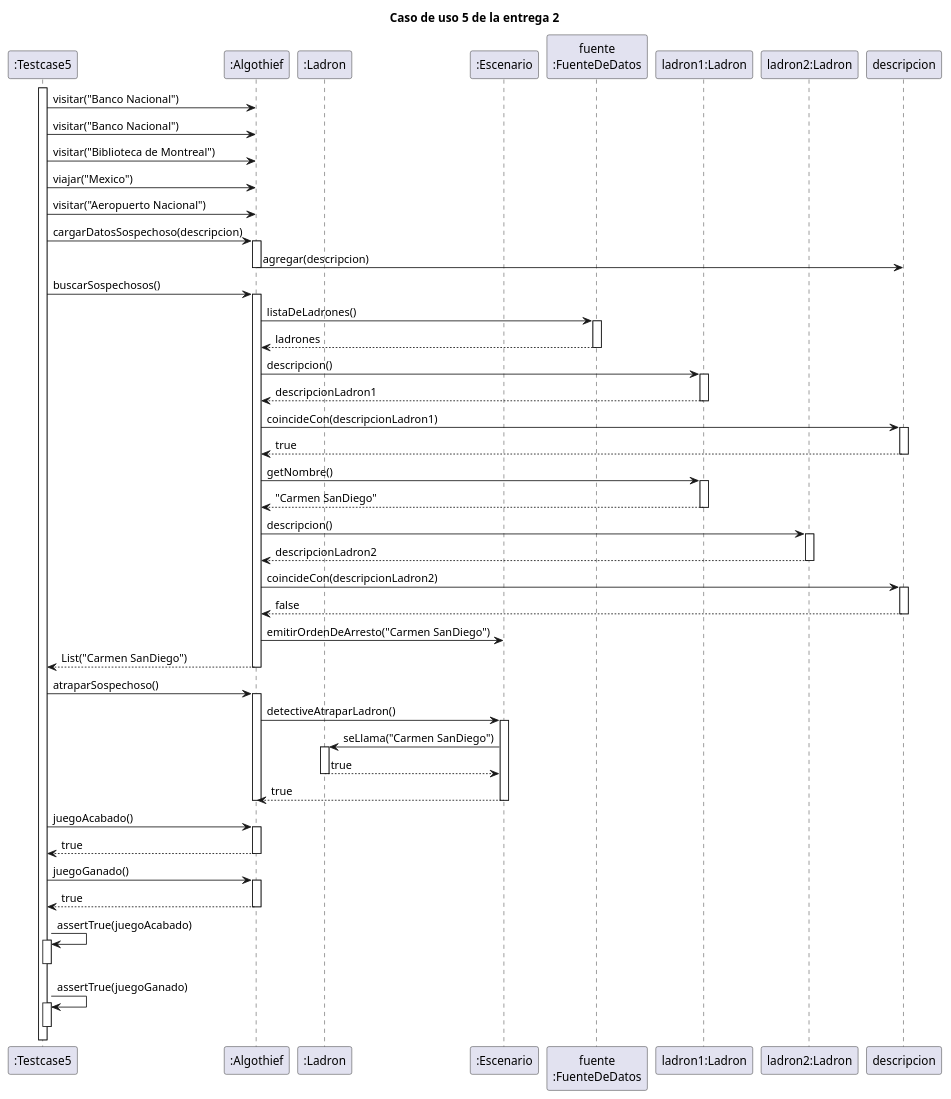
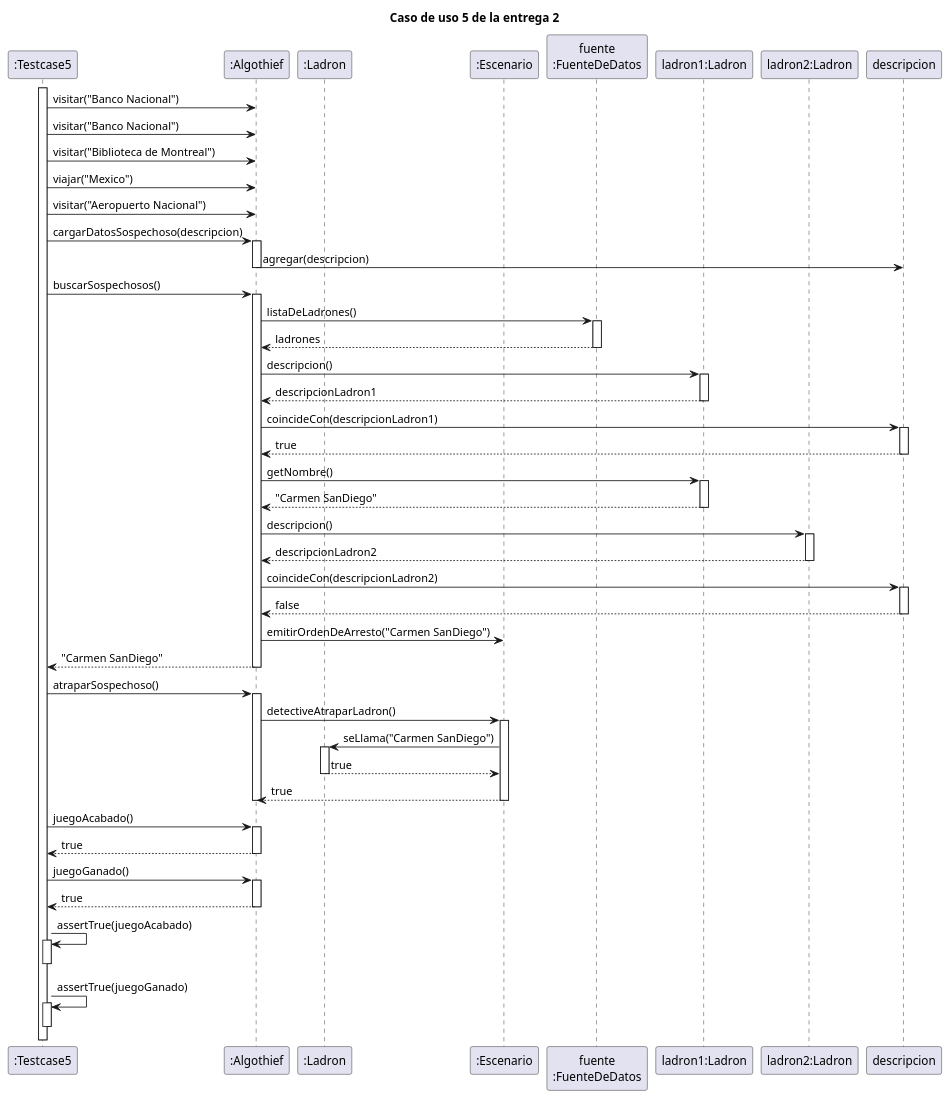
The diagram in diagrams/sequences/secuencia_entrega2_testcase05.plantuml (MegaRedHand/algo-thief), drawn with PlantUML before and after one commit. The commit also changed 5 other files, not shown here.

Commit message:
docs: agrego diagrama 3 de la entrega 2

```diff
--- a/diagrams/sequences/secuencia_entrega2_testcase05.plantuml
+++ b/diagrams/sequences/secuencia_entrega2_testcase05.plantuml
@@ -1,77 +1,77 @@
 @startuml
 
 title "Caso de uso 5 de la entrega 2"
 
 participant ":Testcase5" as testcase
 participant ":Algothief" as algothief
 
 participant ":Ladron" as ladron
 participant ":Escenario" as escenario
 participant "fuente\n:FuenteDeDatos" as fuente
 
 participant "ladron1:Ladron" as ladron1
 participant "ladron2:Ladron" as ladron2
 
 activate testcase
 testcase -> algothief: visitar("Banco Nacional")
 testcase -> algothief: visitar("Banco Nacional")
 testcase -> algothief: visitar("Biblioteca de Montreal")
 
 testcase -> algothief: viajar("Mexico")
 testcase -> algothief: visitar("Aeropuerto Nacional")
 
 testcase -> algothief: cargarDatosSospechoso(descripcion)
     activate algothief
     algothief -> descripcion: agregar(descripcion)
     deactivate algothief
 
 testcase -> algothief: buscarSospechosos()
     activate algothief
     algothief -> fuente: listaDeLadrones()
         activate fuente
         return ladrones
     algothief -> ladron1: descripcion()
             activate ladron1
             return descripcionLadron1
     algothief -> descripcion: coincideCon(descripcionLadron1)
         activate descripcion
         return true
     algothief -> ladron1: getNombre()
         activate ladron1
         return "Carmen SanDiego"
     algothief -> ladron2: descripcion()
         activate ladron2
         return descripcionLadron2
     algothief -> descripcion: coincideCon(descripcionLadron2)
         activate descripcion
         return false
     algothief -> escenario: emitirOrdenDeArresto("Carmen SanDiego")
-    return List("Carmen SanDiego")
+    return "Carmen SanDiego"
 
 testcase -> algothief: atraparSospechoso()
     activate algothief
     algothief -> escenario: detectiveAtraparLadron()
         activate escenario
         escenario -> ladron: seLlama("Carmen SanDiego")
             activate ladron
             return true
         return true
     deactivate algothief
 
 testcase -> algothief: juegoAcabado()
     activate algothief
     return true
 
 testcase -> algothief: juegoGanado()
     activate algothief
     return true
 
 testcase -> testcase: assertTrue(juegoAcabado)
 activate testcase
 deactivate testcase
 
 testcase -> testcase: assertTrue(juegoGanado)
 activate testcase
 deactivate testcase
 
 @enduml
```
